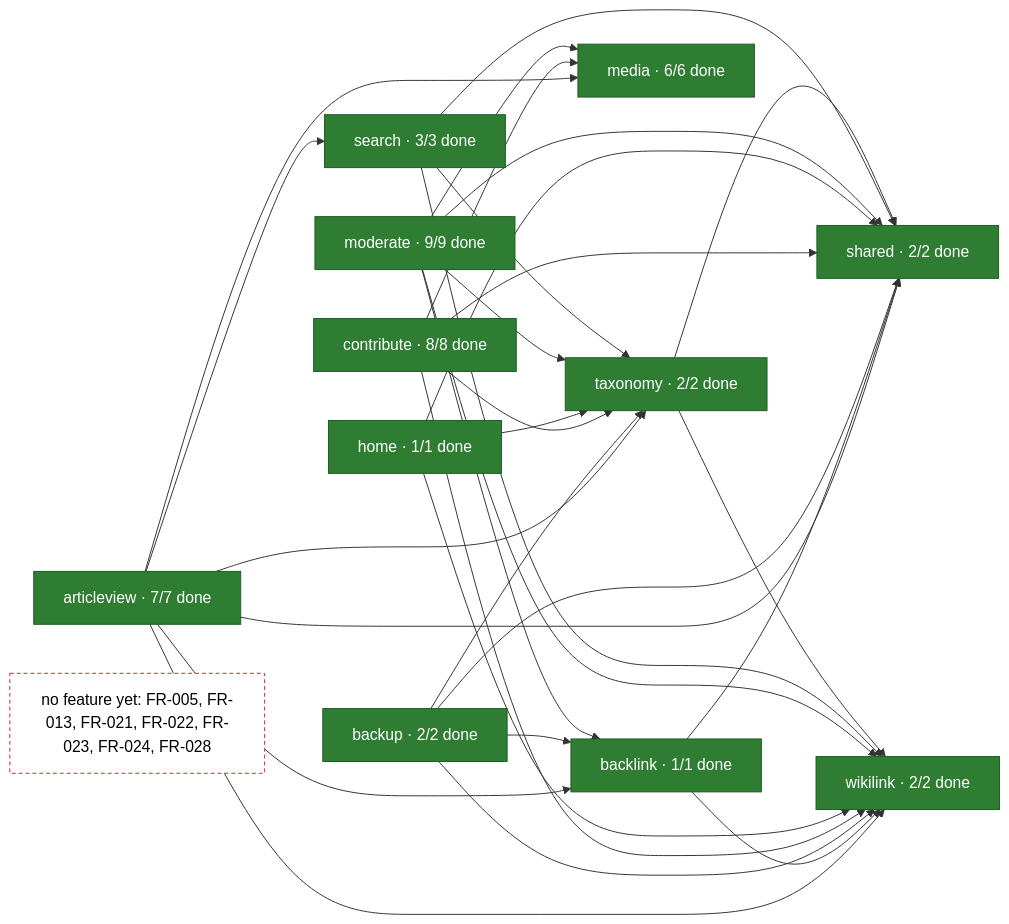
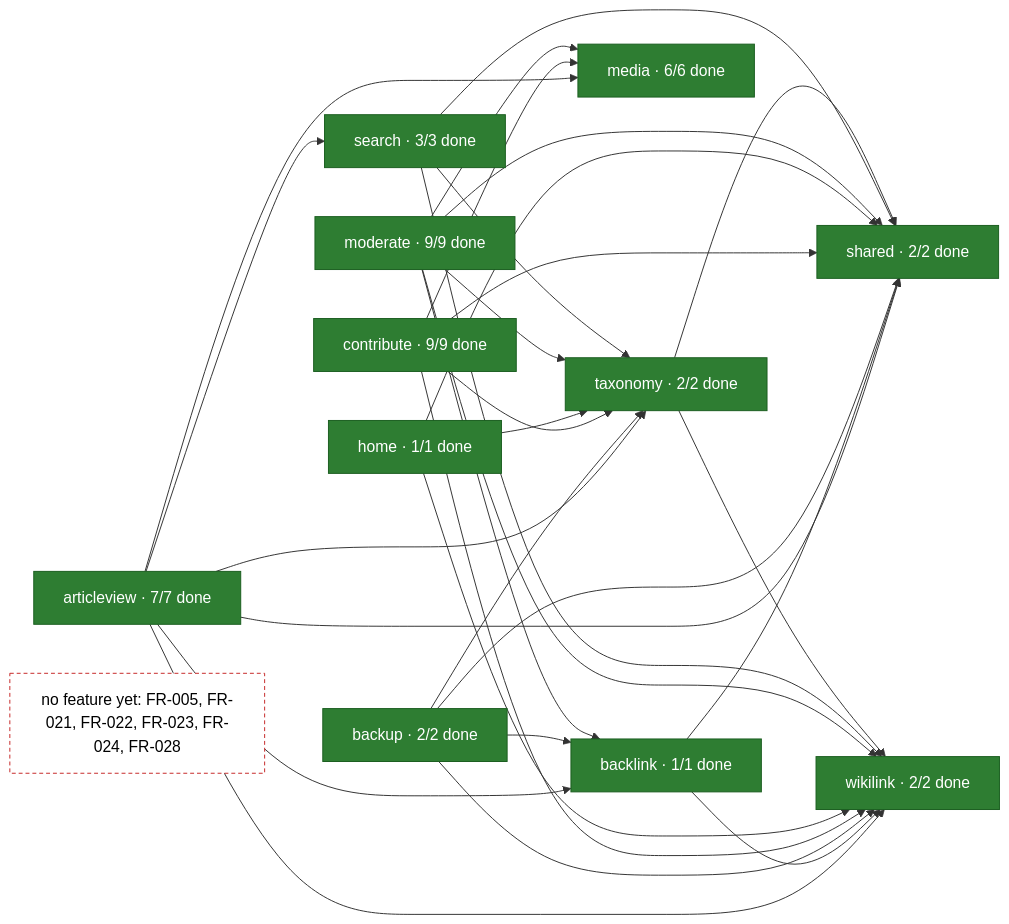
The second of 2 diagrams in docs/gap-list.md (rikire/Exchange-Student-Guide-Platform), drawn with Mermaid before and after one commit. The commit also changed other lines of this file and 6 other files, not shown here.

````diff
--- a/docs/gap-list.md
+++ b/docs/gap-list.md
@@ -24,48 +24,48 @@
 ```mermaid
 flowchart LR
     articleview["articleview · 7/7 done"]:::done
     backlink["backlink · 1/1 done"]:::done
     backup["backup · 2/2 done"]:::done
-    contribute["contribute · 8/8 done"]:::done
+    contribute["contribute · 9/9 done"]:::done
     home["home · 1/1 done"]:::done
     media["media · 6/6 done"]:::done
     moderate["moderate · 9/9 done"]:::done
     search["search · 3/3 done"]:::done
     shared["shared · 2/2 done"]:::done
     taxonomy["taxonomy · 2/2 done"]:::done
     wikilink["wikilink · 2/2 done"]:::done
-    unmapped["no feature yet: FR-005, FR-013, FR-021, FR-022, FR-023, FR-024, FR-028"]:::unmapped
+    unmapped["no feature yet: FR-005, FR-021, FR-022, FR-023, FR-024, FR-028"]:::unmapped
     articleview --> backlink
     articleview --> media
     articleview --> search
     articleview --> shared
     articleview --> taxonomy
     articleview --> wikilink
     backlink --> shared
     backlink --> wikilink
     backup --> backlink
     backup --> shared
     backup --> taxonomy
     backup --> wikilink
     contribute --> media
     contribute --> shared
     contribute --> taxonomy
     contribute --> wikilink
     home --> shared
     home --> taxonomy
     home --> wikilink
     moderate --> backlink
     moderate --> media
     moderate --> shared
     moderate --> taxonomy
     moderate --> wikilink
     search --> shared
     search --> taxonomy
     search --> wikilink
     taxonomy --> shared
     taxonomy --> wikilink
     classDef done fill:#2e7d32,stroke:#1b5e20,color:#ffffff
     classDef partial fill:#f9a825,stroke:#f57f17,color:#000000
     classDef none fill:#e0e0e0,stroke:#9e9e9e,color:#000000
     classDef unmapped fill:#ffffff,stroke:#c62828,stroke-dasharray:4 3,color:#000000
 ```
````
